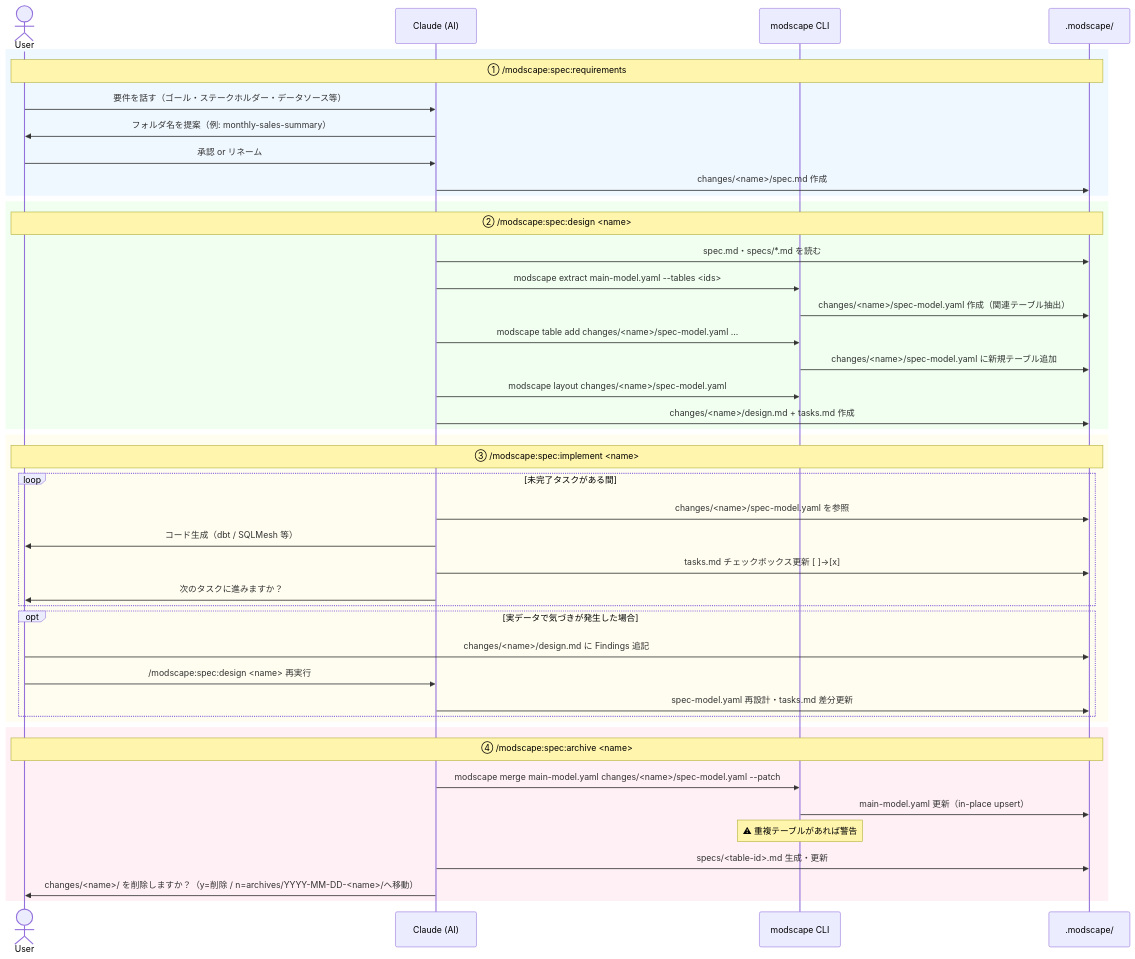
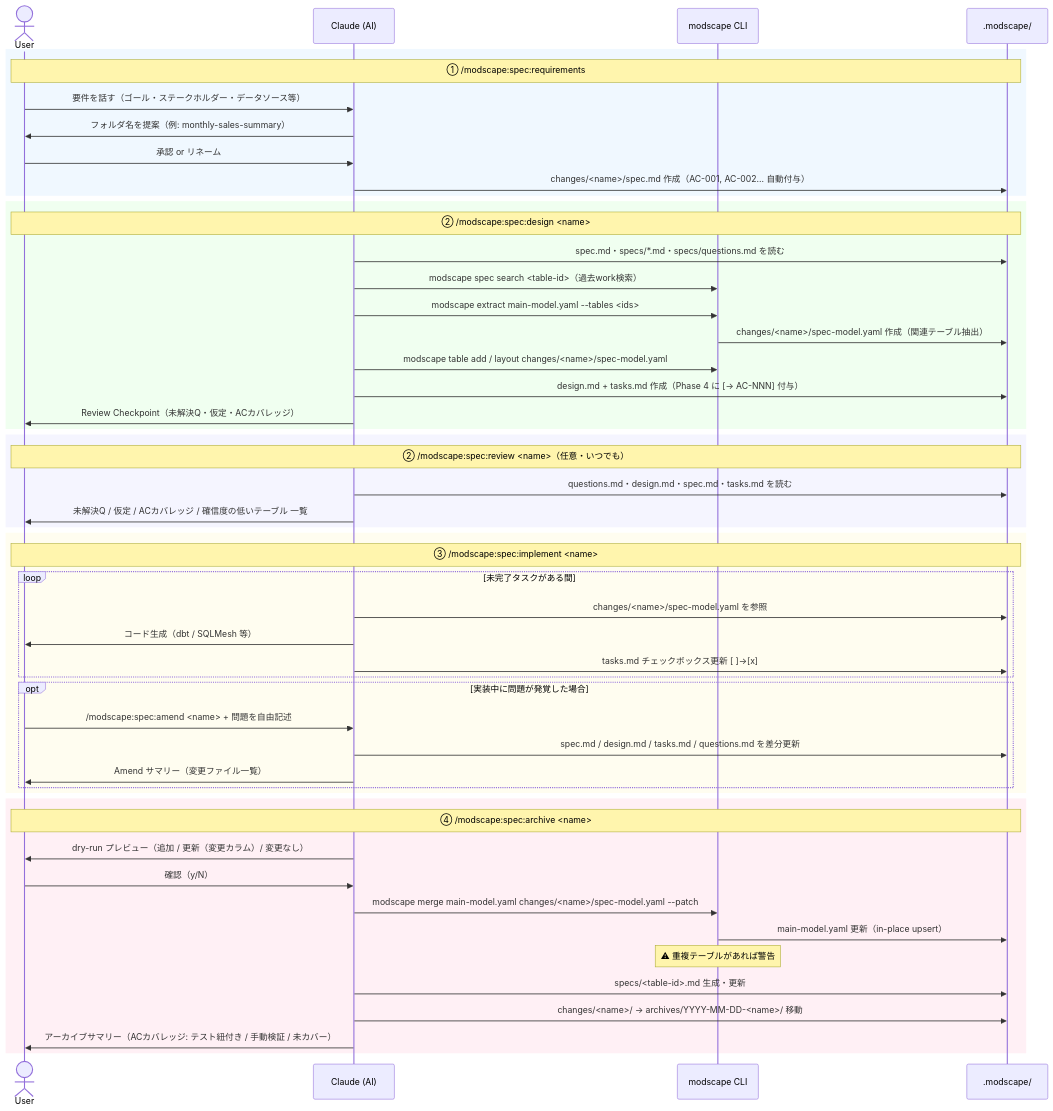
One commit to yujikawa/modscape changed the diagram in README.ja.md. Above: the diagram before and after it, drawn with Mermaid. The commit also changed other lines of this file and 6 other files, not shown here.

````diff
--- a/README.ja.md
+++ b/README.ja.md
@@ -588,50 +599,58 @@
 ```mermaid
 sequenceDiagram
     actor User
     participant AI as Claude (AI)
     participant CLI as modscape CLI
     participant FS as .modscape/
 
     rect rgb(240, 248, 255)
         Note over User,FS: ① /modscape:spec:requirements
         User->>AI: 要件を話す（ゴール・ステークホルダー・データソース等）
         AI->>User: フォルダ名を提案（例: monthly-sales-summary）
         User->>AI: 承認 or リネーム
-        AI->>FS: changes/<name>/spec.md 作成
+        AI->>FS: changes/<name>/spec.md 作成（AC-001, AC-002... 自動付与）
     end
 
     rect rgb(240, 255, 240)
         Note over User,FS: ② /modscape:spec:design <name>
-        AI->>FS: spec.md・specs/*.md を読む
+        AI->>FS: spec.md・specs/*.md・specs/questions.md を読む
+        AI->>CLI: modscape spec search <table-id>（過去work検索）
         AI->>CLI: modscape extract main-model.yaml --tables <ids>
         CLI->>FS: changes/<name>/spec-model.yaml 作成（関連テーブル抽出）
-        AI->>CLI: modscape table add changes/<name>/spec-model.yaml ...
-        CLI->>FS: changes/<name>/spec-model.yaml に新規テーブル追加
-        AI->>CLI: modscape layout changes/<name>/spec-model.yaml
-        AI->>FS: changes/<name>/design.md + tasks.md 作成
+        AI->>CLI: modscape table add / layout changes/<name>/spec-model.yaml
+        AI->>FS: design.md + tasks.md 作成（Phase 4 に [→ AC-NNN] 付与）
+        AI->>User: Review Checkpoint（未解決Q・仮定・ACカバレッジ）
+    end
+
+    rect rgb(245, 245, 255)
+        Note over User,FS: ② /modscape:spec:review <name>（任意・いつでも）
+        AI->>FS: questions.md・design.md・spec.md・tasks.md を読む
+        AI->>User: 未解決Q / 仮定 / ACカバレッジ / 確信度の低いテーブル 一覧
     end
 
     rect rgb(255, 253, 240)
         Note over User,FS: ③ /modscape:spec:implement <name>
         loop 未完了タスクがある間
             AI->>FS: changes/<name>/spec-model.yaml を参照
             AI->>User: コード生成（dbt / SQLMesh 等）
             AI->>FS: tasks.md チェックボックス更新 [ ]→[x]
-            AI->>User: 次のタスクに進みますか？
         end
-        opt 実データで気づきが発生した場合
-            User->>FS: changes/<name>/design.md に Findings 追記
-            User->>AI: /modscape:spec:design <name> 再実行
-            AI->>FS: spec-model.yaml 再設計・tasks.md 差分更新
+        opt 実装中に問題が発覚した場合
+            User->>AI: /modscape:spec:amend <name> + 問題を自由記述
+            AI->>FS: spec.md / design.md / tasks.md / questions.md を差分更新
+            AI->>User: Amend サマリー（変更ファイル一覧）
         end
     end
 
     rect rgb(255, 240, 245)
         Note over User,FS: ④ /modscape:spec:archive <name>
+        AI->>User: dry-run プレビュー（追加 / 更新（変更カラム）/ 変更なし）
+        User->>AI: 確認（y/N）
         AI->>CLI: modscape merge main-model.yaml changes/<name>/spec-model.yaml --patch
         CLI->>FS: main-model.yaml 更新（in-place upsert）
         Note over CLI: ⚠ 重複テーブルがあれば警告
         AI->>FS: specs/<table-id>.md 生成・更新
-        AI->>User: changes/<name>/ を削除しますか？（y=削除 / n=archives/YYYY-MM-DD-<name>/へ移動）
+        AI->>FS: changes/<name>/ → archives/YYYY-MM-DD-<name>/ 移動
+        AI->>User: アーカイブサマリー（ACカバレッジ: テスト紐付き / 手動検証 / 未カバー）
     end
 ```
````
